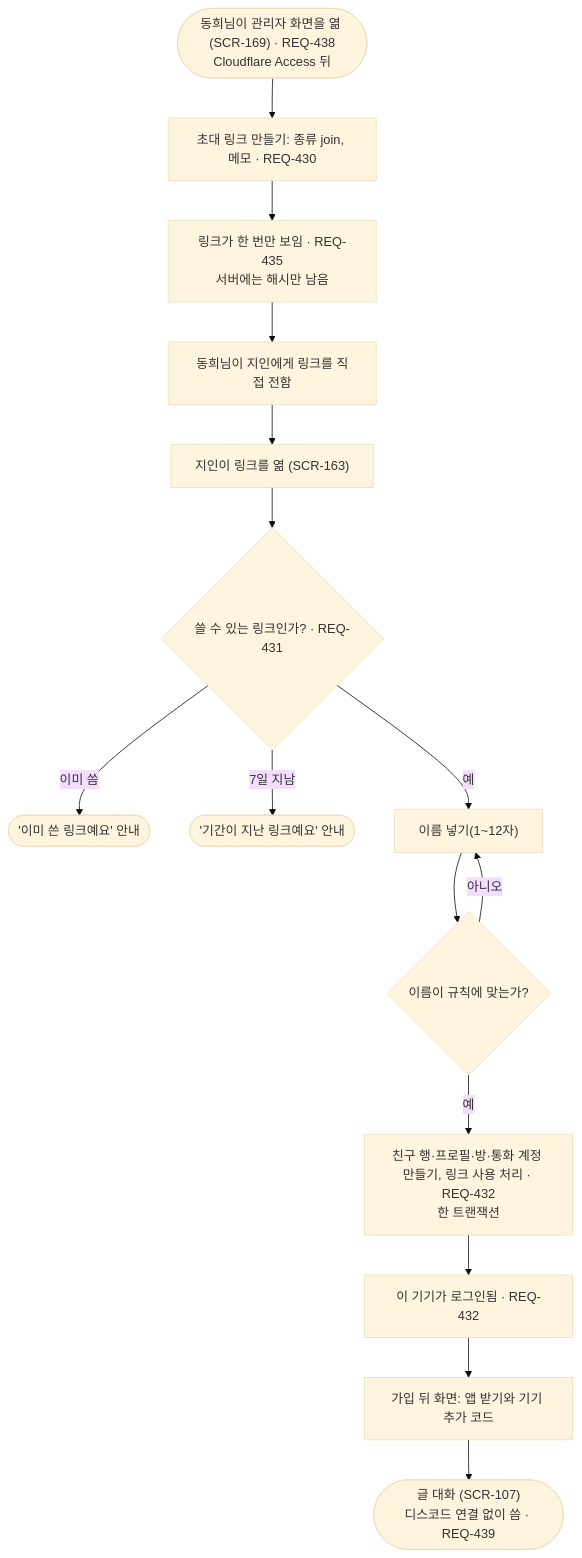
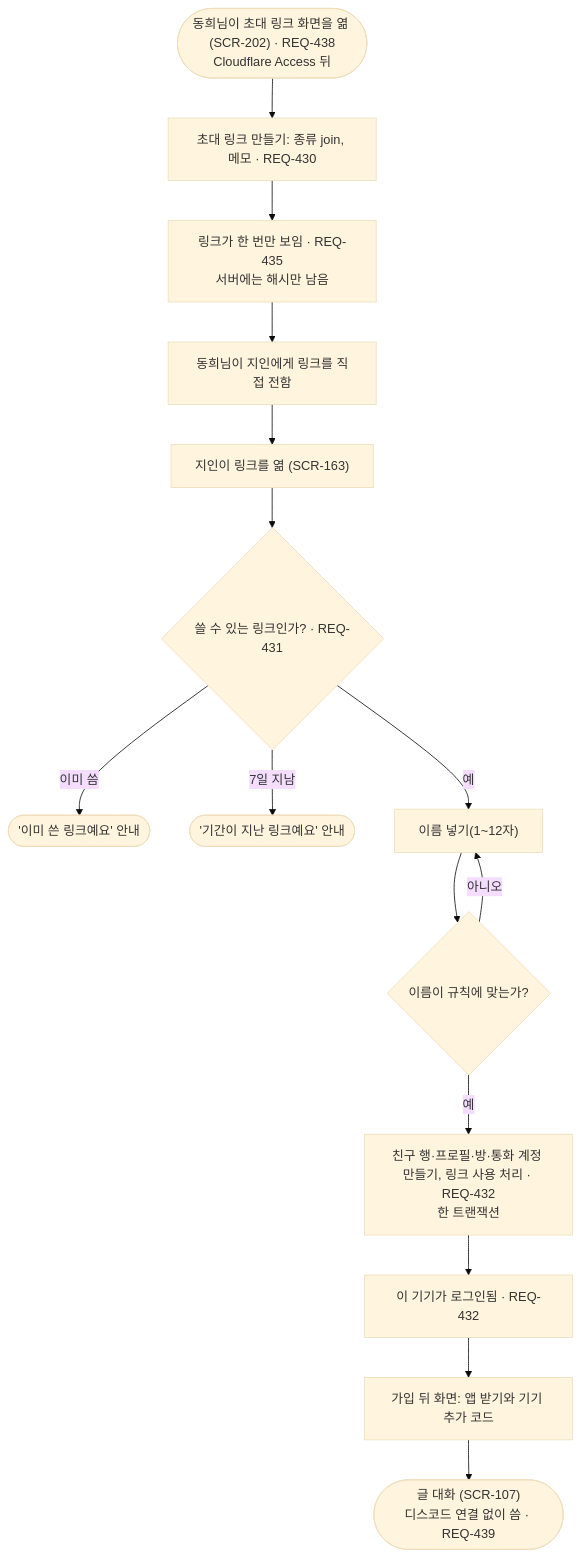
The diagram in docs/03-user-flow/FL-169-invite-join.md (kodonghui/marong2), drawn with Mermaid (base theme) before and after one commit. The commit also changed other lines of this file and 29 other files, not shown here.

````diff
--- a/docs/03-user-flow/FL-169-invite-join.md
+++ b/docs/03-user-flow/FL-169-invite-join.md
@@ -7,17 +7,17 @@
 ```mermaid
 flowchart TD
-  A(["동희님이 관리자 화면을 엶 (SCR-169) · REQ-438<br/>Cloudflare Access 뒤"]) --> B["초대 링크 만들기: 종류 join, 메모 · REQ-430"]
+  A(["동희님이 초대 링크 화면을 엶 (SCR-202) · REQ-438<br/>Cloudflare Access 뒤"]) --> B["초대 링크 만들기: 종류 join, 메모 · REQ-430"]
   B --> C["링크가 한 번만 보임 · REQ-435<br/>서버에는 해시만 남음"]
   C --> D["동희님이 지인에게 링크를 직접 전함"]
   D --> E["지인이 링크를 엶 (SCR-163)"]
   E --> F{"쓸 수 있는 링크인가? · REQ-431"}
   F -->|"이미 씀"| F1(["'이미 쓴 링크예요' 안내"])
   F -->|"7일 지남"| F2(["'기간이 지난 링크예요' 안내"])
   F -->|"예"| G["이름 넣기(1~12자)"]
   G --> H{"이름이 규칙에 맞는가?"}
   H -->|"아니오"| G
   H -->|"예"| I["친구 행·프로필·방·통화 계정 만들기, 링크 사용 처리 · REQ-432<br/>한 트랜잭션"]
   I --> J["이 기기가 로그인됨 · REQ-432"]
   J --> K["가입 뒤 화면: 앱 받기와 기기 추가 코드"]
   K --> L(["글 대화 (SCR-107)<br/>디스코드 연결 없이 씀 · REQ-439"])
 ```
````
